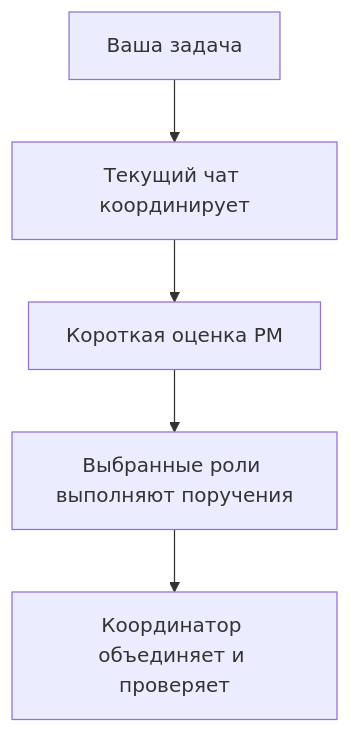
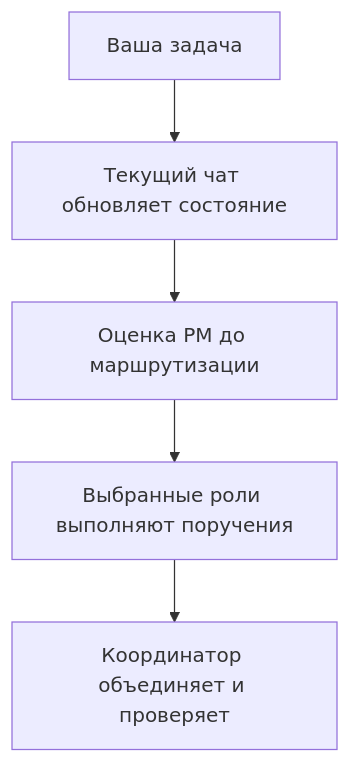
Before and after one commit to pnetcloud/plex-ai: the diagram in docs/translations/ru/README.md, drawn with Mermaid. The commit also changed other lines of this file and 45 other files, not shown here.

````diff
--- a/docs/translations/ru/README.md
+++ b/docs/translations/ru/README.md
@@ -53,7 +53,7 @@
 ```mermaid
 flowchart TD
-    A[Ваша задача] --> B[Текущий чат координирует]
-    B --> P[Короткая оценка PM]
+    A[Ваша задача] --> B[Текущий чат обновляет состояние]
+    B --> P[Оценка PM до маршрутизации]
     P --> C[Выбранные роли выполняют поручения]
     C --> D[Координатор объединяет и проверяет]
 ```
````
